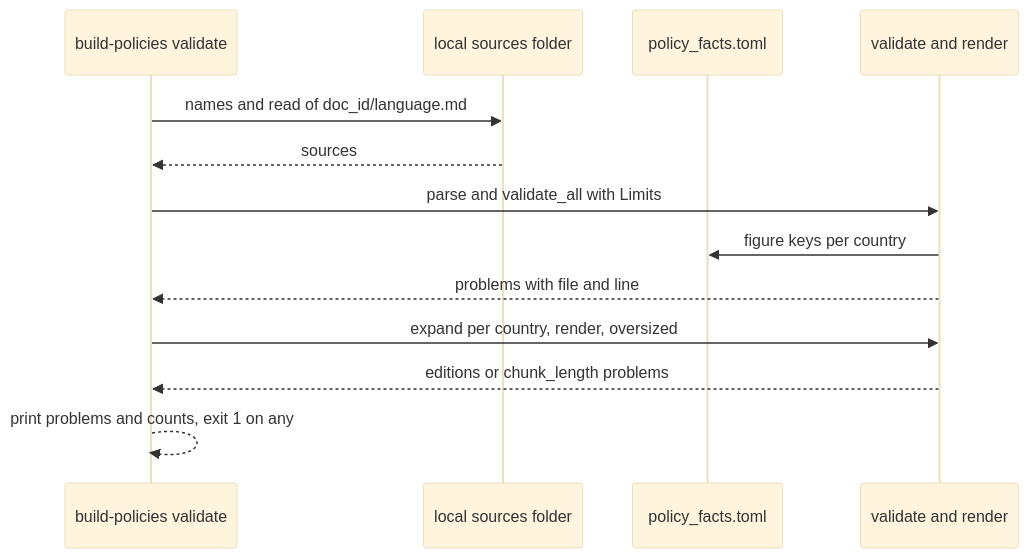
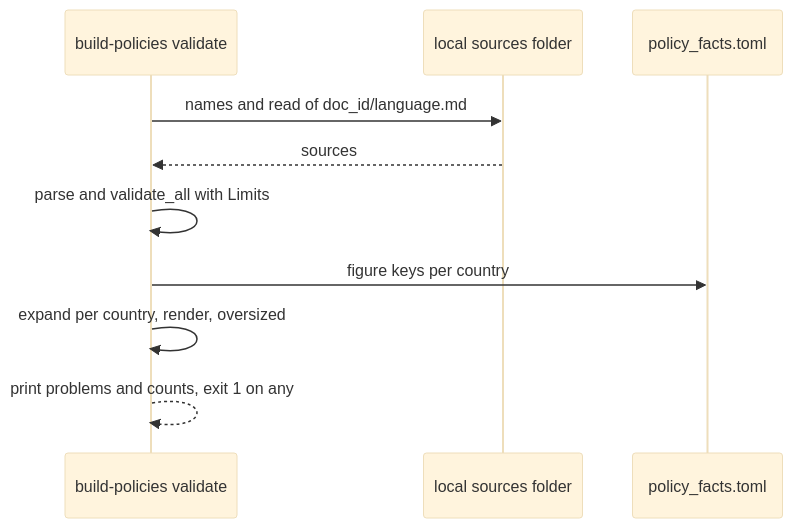
The second of 5 diagrams in docs/modules/data/flows.md (Team-ACGS/factored-hackathon-2026-acgs), drawn with Mermaid (base theme) before and after one commit. The commit also changed other lines of this file and 6 other files, not shown here.

Commit message:
docs(assistant,cases,data,identity,messaging): reviewer findings on flows and readme, round 2

````diff
--- a/docs/modules/data/flows.md
+++ b/docs/modules/data/flows.md
@@ -56,15 +56,12 @@
 ```mermaid
 sequenceDiagram
     participant CLI as build-policies validate
     participant Store as local sources folder
     participant Facts as policy_facts.toml
-    participant Check as validate and render
     CLI->>Store: names and read of doc_id/language.md
     Store-->>CLI: sources
-    CLI->>Check: parse and validate_all with Limits
-    Check->>Facts: figure keys per country
-    Check-->>CLI: problems with file and line
-    CLI->>Check: expand per country, render, oversized
-    Check-->>CLI: editions or chunk_length problems
+    CLI->>CLI: parse and validate_all with Limits
+    CLI->>Facts: figure keys per country
+    CLI->>CLI: expand per country, render, oversized
     CLI-->>CLI: print problems and counts, exit 1 on any
 ```
````
